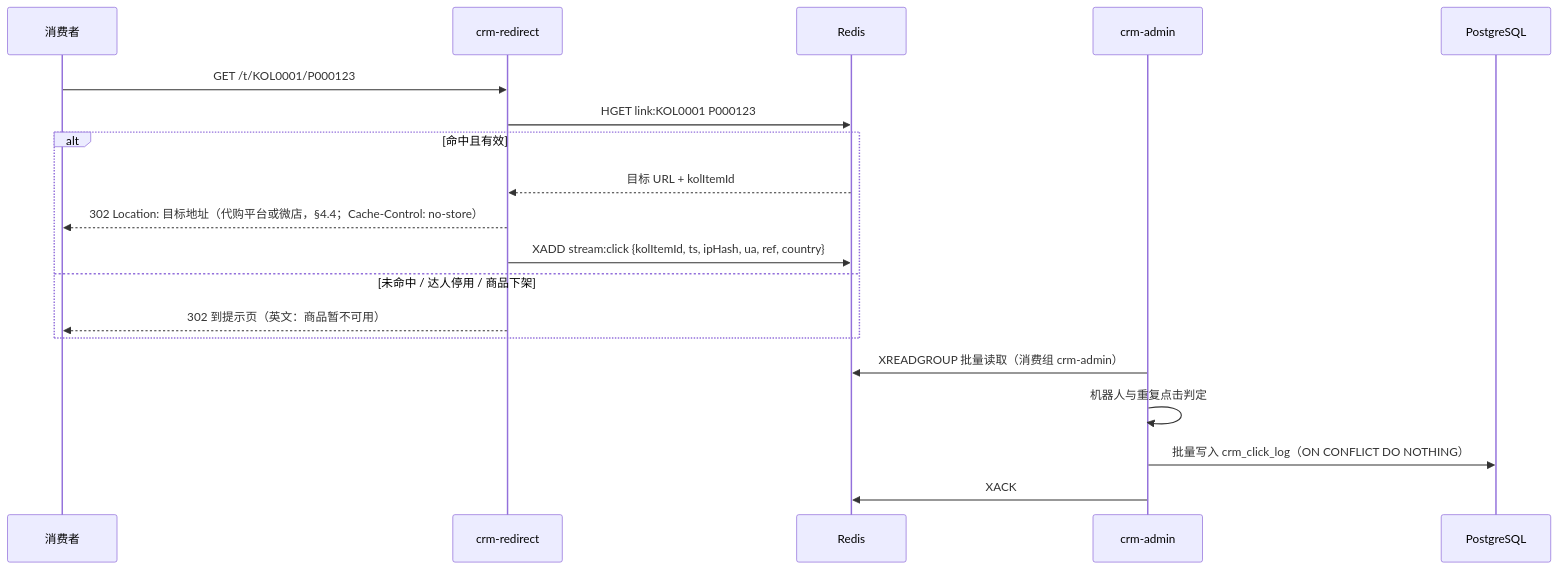
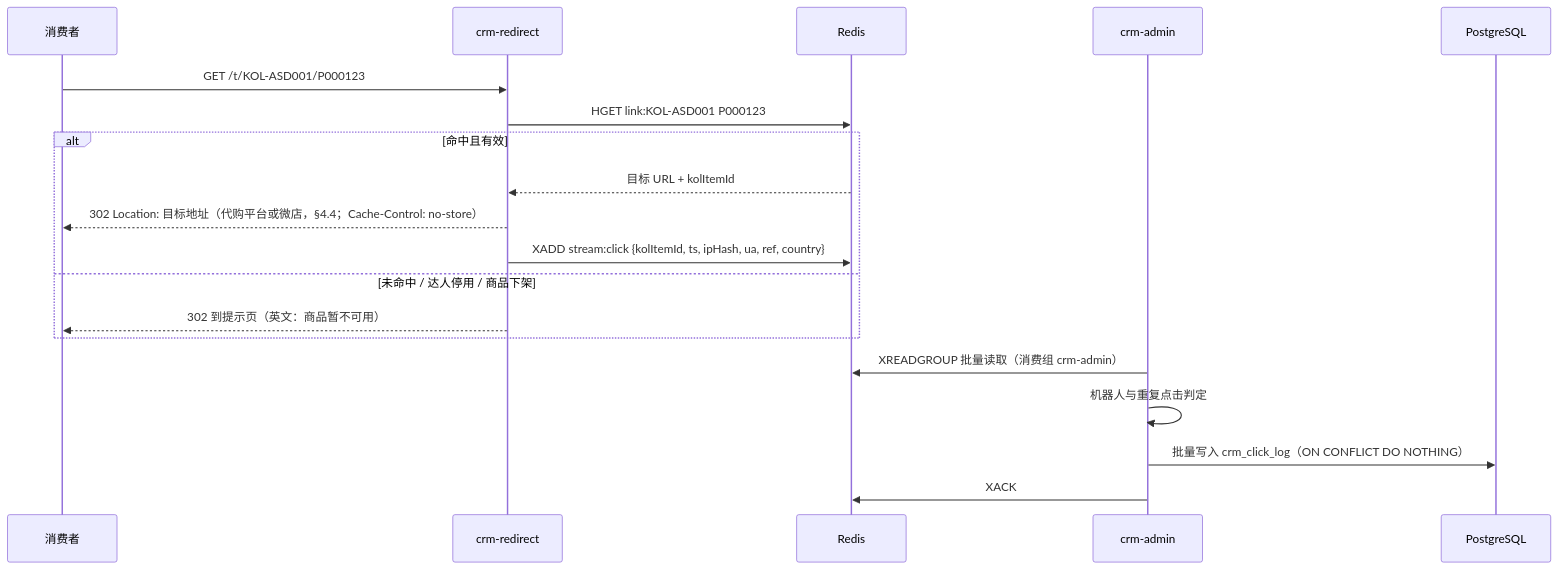
One commit to ksws00684315/t-crm changed the third of 6 diagrams in docs/03-设计/系统详细设计说明书.md. Above: the diagram before and after it, drawn with Mermaid. The commit also changed other lines of this file and 10 other files, not shown here.

````diff
--- a/docs/03-设计/系统详细设计说明书.md
+++ b/docs/03-设计/系统详细设计说明书.md
@@ -480,21 +490,21 @@
 ```mermaid
 sequenceDiagram
   participant U as 消费者
   participant R as crm-redirect
   participant RS as Redis
   participant A as crm-admin
   participant DB as PostgreSQL
-  U->>R: GET /t/KOL0001/P000123
-  R->>RS: HGET link:KOL0001 P000123
+  U->>R: GET /t/KOL-ASD001/P000123
+  R->>RS: HGET link:KOL-ASD001 P000123
   alt 命中且有效
     RS-->>R: 目标 URL + kolItemId
     R-->>U: 302 Location: 目标地址（代购平台或微店，§4.4；Cache-Control: no-store）
     R->>RS: XADD stream:click {kolItemId, ts, ipHash, ua, ref, country}
   else 未命中 / 达人停用 / 商品下架
     R-->>U: 302 到提示页（英文：商品暂不可用）
   end
   A->>RS: XREADGROUP 批量读取（消费组 crm-admin）
   A->>A: 机器人与重复点击判定
   A->>DB: 批量写入 crm_click_log（ON CONFLICT DO NOTHING）
   A->>RS: XACK
 ```
````
